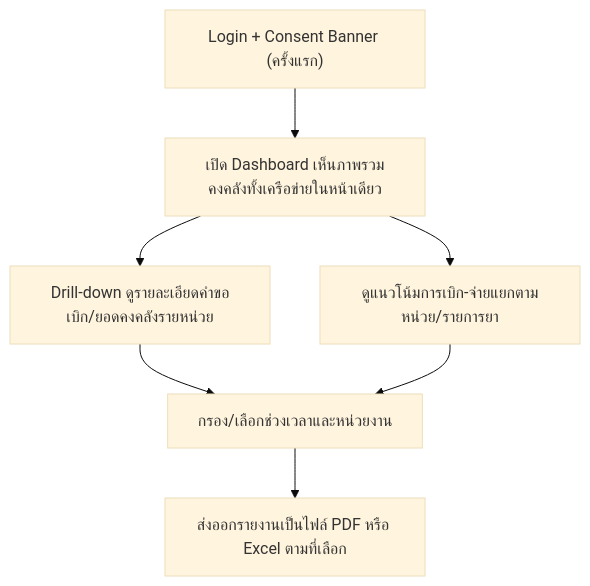
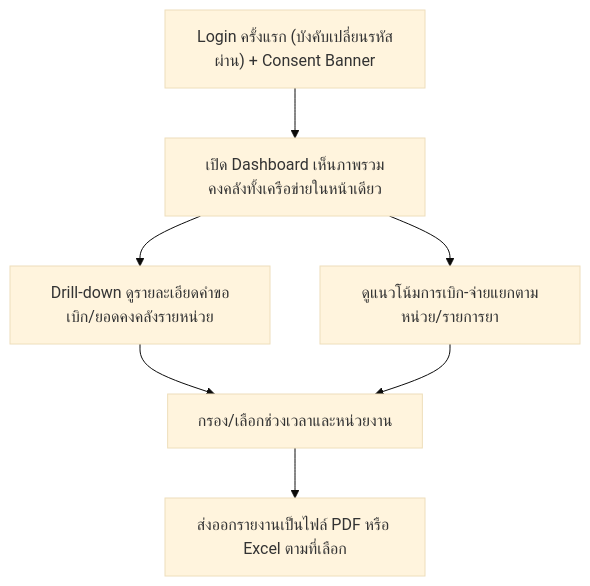
One commit to 6910127-warang/sync_smart changed the diagram in 01-requirements/03-user-journey/executive-journey.md. Above: the diagram before and after it, drawn with Mermaid (base theme). The commit also changed other lines of this file and 37 other files, not shown here.

````diff
--- a/01-requirements/03-user-journey/executive-journey.md
+++ b/01-requirements/03-user-journey/executive-journey.md
@@ -7,9 +7,9 @@
 ```mermaid
 flowchart TD
-    A["Login + Consent Banner (ครั้งแรก)"] --> B["เปิด Dashboard เห็นภาพรวมคงคลังทั้งเครือข่ายในหน้าเดียว"]
+    A["Login ครั้งแรก (บังคับเปลี่ยนรหัสผ่าน) + Consent Banner"] --> B["เปิด Dashboard เห็นภาพรวมคงคลังทั้งเครือข่ายในหน้าเดียว"]
     B --> C["Drill-down ดูรายละเอียดคำขอเบิก/ยอดคงคลังรายหน่วย"]
     B --> D["ดูแนวโน้มการเบิก-จ่ายแยกตามหน่วย/รายการยา"]
     C --> E["กรอง/เลือกช่วงเวลาและหน่วยงาน"]
     D --> E
     E --> F["ส่งออกรายงานเป็นไฟล์ PDF หรือ Excel ตามที่เลือก"]
 ```
````
